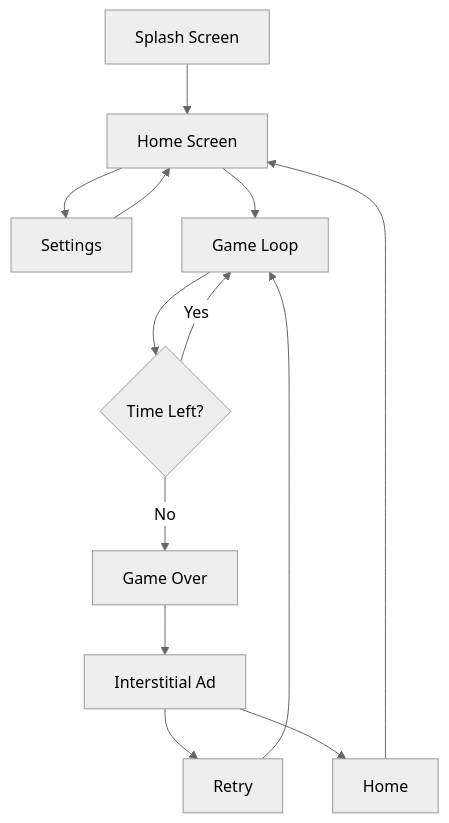
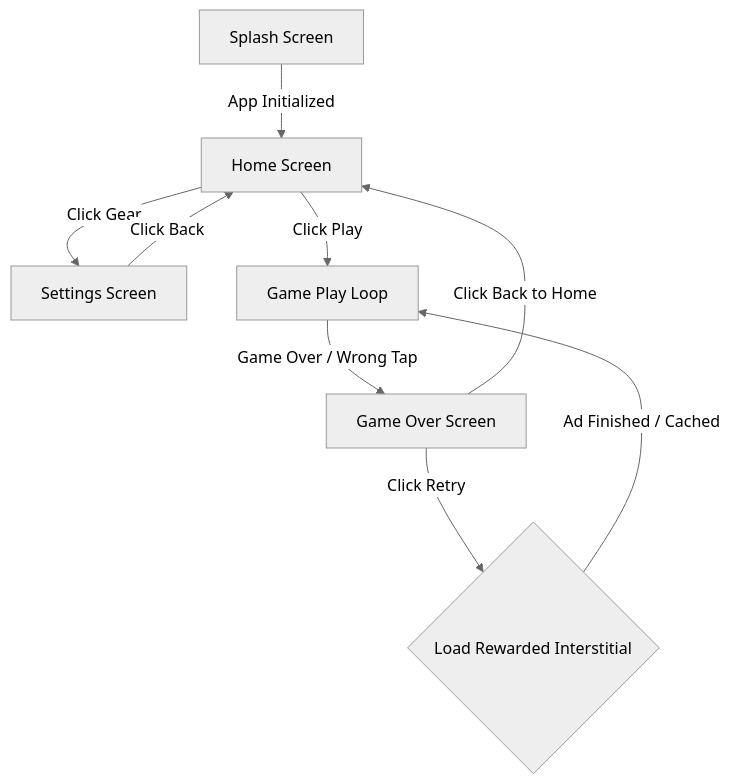
One commit to drdhavaltrivedi/color-command-brain-game changed the first of 2 diagrams in README.md. Above: the diagram before and after it, drawn with Mermaid (neutral theme). The commit also changed other lines of this file, not shown here.

Commit message:
docs: update README with detailed user flows, game loops, dynamic difficulty math, and ad architecture

````diff
--- a/README.md
+++ b/README.md
@@ -29,15 +46,12 @@
 ```mermaid
 graph TD
-    A[Splash Screen] --> B[Home Screen]
-    B --> C[Settings]
-    B --> D[Game Loop]
-    C --> B
-    D --> E{Time Left?}
-    E -- No --> F[Game Over]
-    E -- Yes --> D
-    F --> G[Interstitial Ad]
-    G --> H[Retry]
-    G --> I[Home]
-    H --> D
-    I --> B
+    A[Splash Screen] -->|App Initialized| B[Home Screen]
+    B -->|Click Gear| C[Settings Screen]
+    B -->|Click Play| D[Game Play Loop]
+    C -->|Click Back| B
+    
+    D -->|Game Over / Wrong Tap| E[Game Over Screen]
+    E -->|Click Retry| F{Load Rewarded Interstitial}
+    F -->|Ad Finished / Cached| D
+    E -->|Click Back to Home| B
 ```
````
